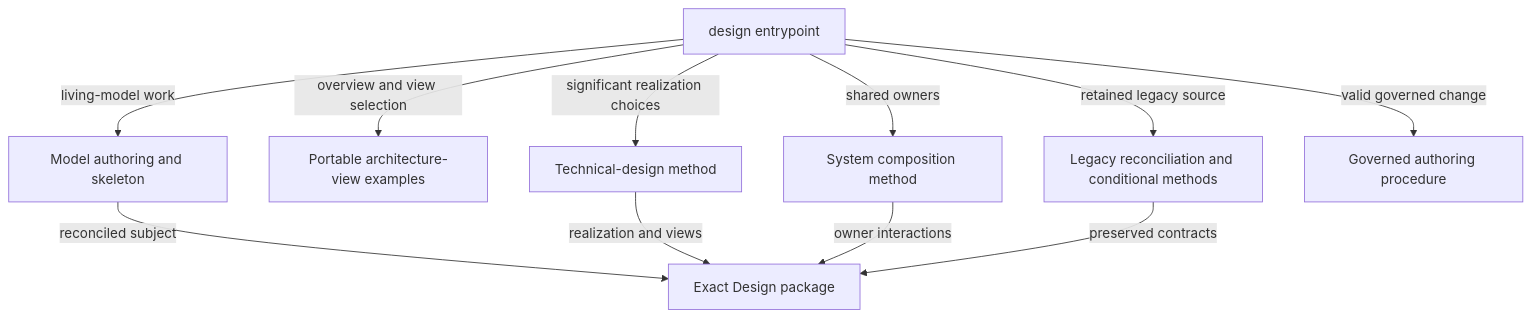
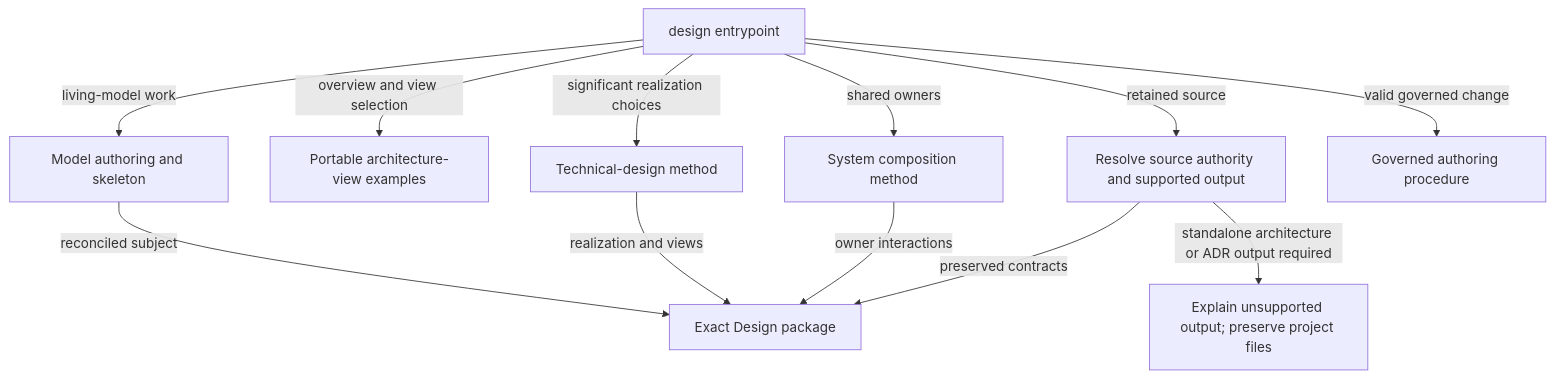
The third of 4 diagrams in docs/design/skill/authoring/design.md (xiongxianfei/rigorloop), drawn with Mermaid before and after one commit. The commit also changed other lines of this file and 5 other files, not shown here.

Commit message:
Define supported Design outputs and legacy authoring retirement

````diff
--- a/docs/design/skill/authoring/design.md
+++ b/docs/design/skill/authoring/design.md
@@ -115,13 +117,14 @@
 ```mermaid
 flowchart TB
     Entry["design entrypoint"] -->|"living-model work"| Model["Model authoring and skeleton"]
     Entry -->|"overview and view selection"| Examples["Portable architecture-view examples"]
     Entry -->|"significant realization choices"| Technical["Technical-design method"]
     Entry -->|"shared owners"| Composition["System composition method"]
-    Entry -->|"retained legacy source"| Legacy["Legacy reconciliation and conditional methods"]
+    Entry -->|"retained source"| Legacy["Resolve source authority and supported output"]
+    Legacy -->|"standalone architecture or ADR output required"| Stop["Explain unsupported output; preserve project files"]
     Entry -->|"valid governed change"| Records["Governed authoring procedure"]
     Model -->|"reconciled subject"| Package["Exact Design package"]
     Technical -->|"realization and views"| Package
     Composition -->|"owner interactions"| Package
     Legacy -->|"preserved contracts"| Package
 ```
````
